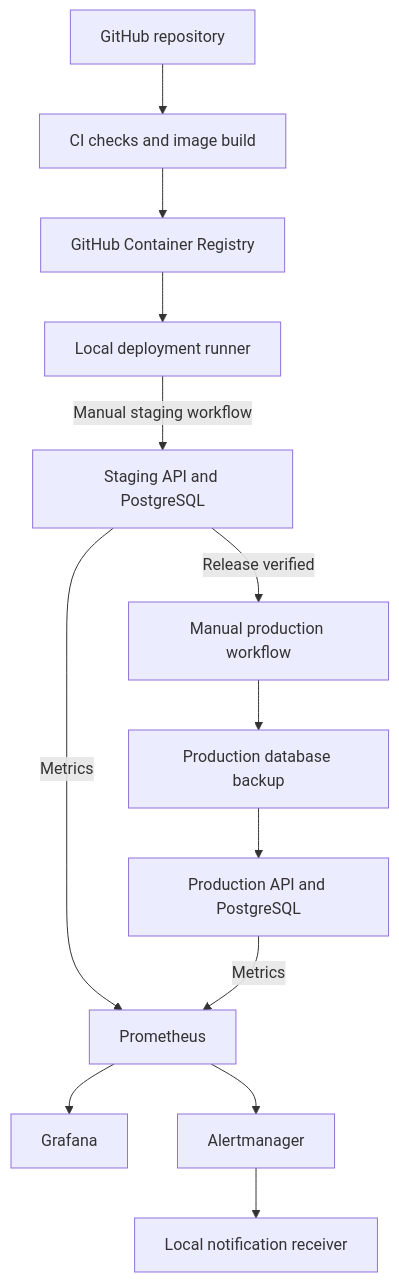
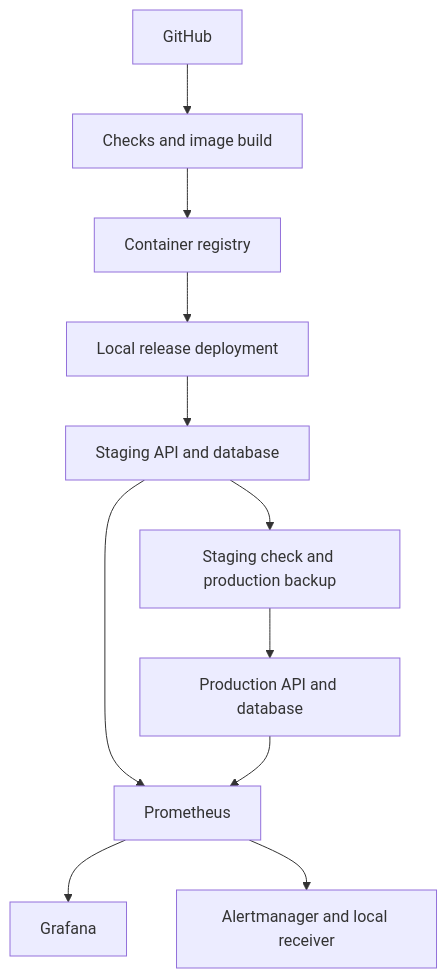
Before and after one commit to Szin7/application-operations-platform: the diagram in README.md, drawn with Mermaid. The commit also changed other lines of this file and 3 other files, not shown here.

Commit message:
Simplify documentation and record the build sequence

````diff
--- a/README.md
+++ b/README.md
@@ -43,15 +31,13 @@
 ```mermaid
 flowchart TD
-    Source["GitHub repository"] --> CI["CI checks and image build"]
-    CI --> Registry["GitHub Container Registry"]
-    Registry --> Runner["Local deployment runner"]
-    Runner -->|Manual staging workflow| Staging["Staging API and PostgreSQL"]
-    Staging -->|Release verified| Promotion["Manual production workflow"]
-    Promotion --> Backup["Production database backup"]
-    Backup --> Production["Production API and PostgreSQL"]
-    Staging -->|Metrics| Prometheus["Prometheus"]
-    Production -->|Metrics| Prometheus
+    Repo["GitHub"] --> CI["Checks and image build"]
+    CI --> Registry["Container registry"]
+    Registry --> Deploy["Local release deployment"]
+    Deploy --> Staging["Staging API and database"]
+    Staging --> Promotion["Staging check and production backup"]
+    Promotion --> Production["Production API and database"]
+    Staging --> Prometheus["Prometheus"]
+    Production --> Prometheus
     Prometheus --> Grafana["Grafana"]
-    Prometheus --> Alertmanager["Alertmanager"]
-    Alertmanager --> Receiver["Local notification receiver"]
+    Prometheus --> Alerts["Alertmanager and local receiver"]
 ```
````
